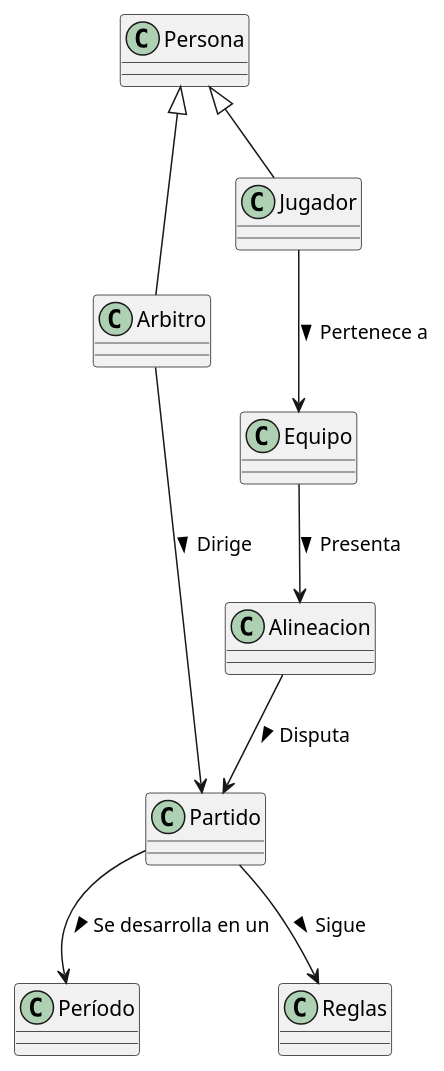
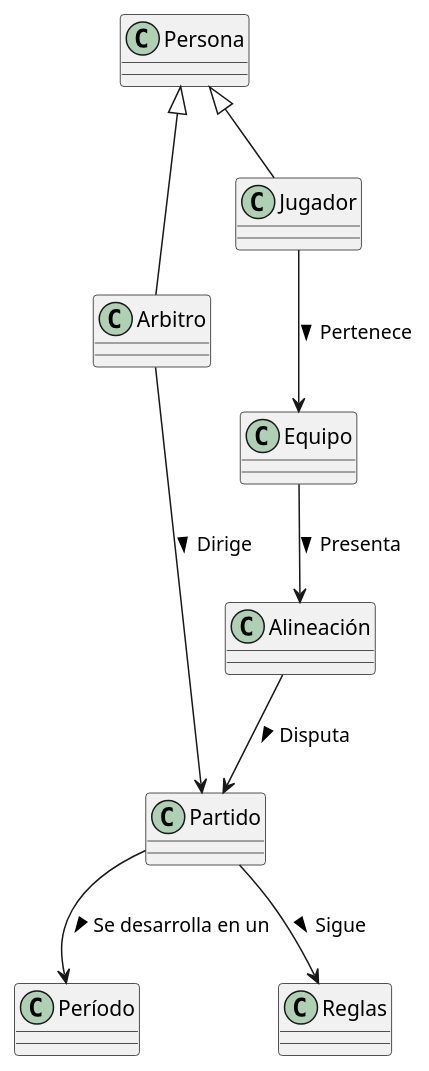
The diagram in actividades/001-futbol/ibuprofenoFernandez/modeloDelDominio.puml (mmasias/IdSw1-22-23), drawn with PlantUML before and after one commit.

Commit message:
Ajuste de tildes... (son importantes, son importantes)

```diff
--- a/actividades/001-futbol/ibuprofenoFernandez/modeloDelDominio.puml
+++ b/actividades/001-futbol/ibuprofenoFernandez/modeloDelDominio.puml
@@ -1,18 +1,18 @@
 @startuml
 
 Partido  --> Período : Se desarrolla en un >
 
-Alineacion --> Partido : Disputa >
+Alineación --> Partido : Disputa >
 
-Equipo --> Alineacion : Presenta >
+Equipo --> Alineación : Presenta >
 
 Arbitro --> Partido : Dirige >
 
-Jugador --> Equipo : Pertenece a >
+Jugador --> Equipo : Pertenece >
 
 Partido --> Reglas : Sigue >
 
 Persona <|-- Arbitro
 Persona <|-- Jugador
 
 @enduml
```
